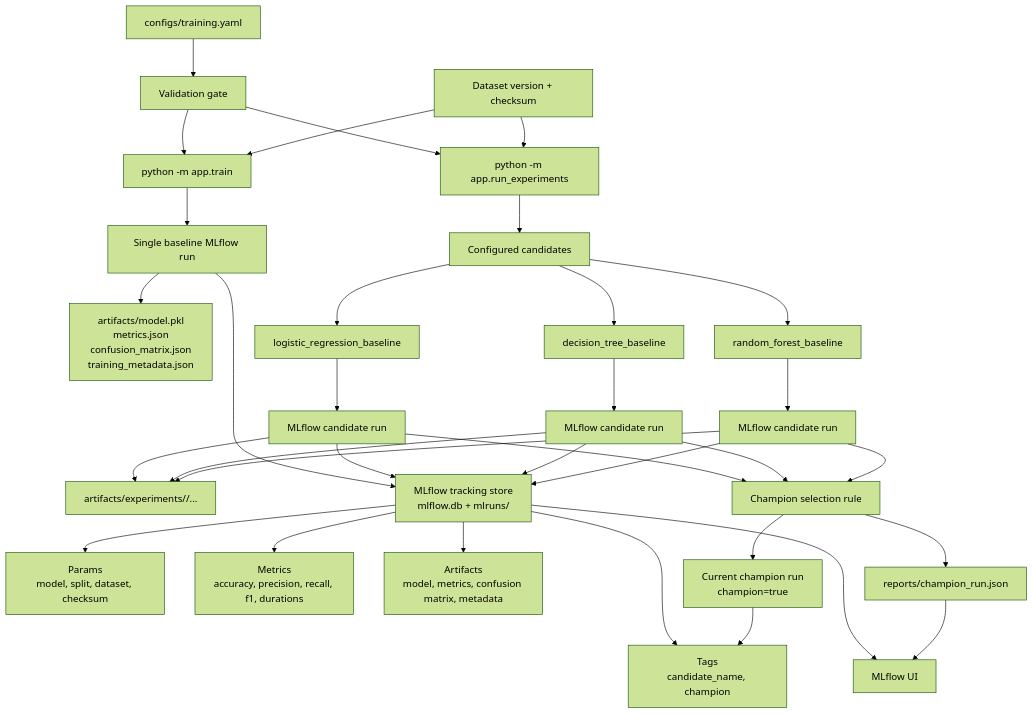
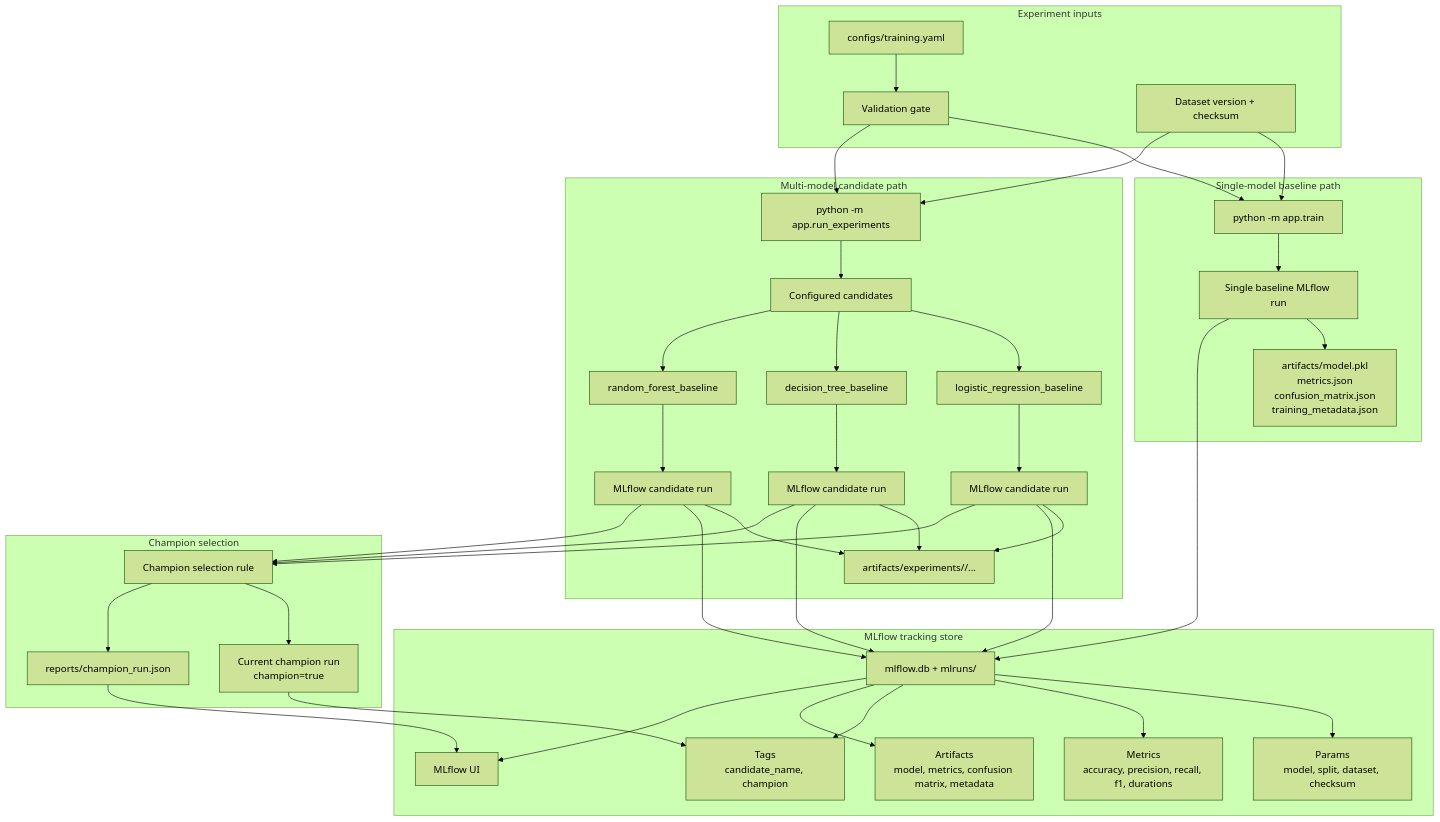
The diagram in docs/diagrams/v4_experiment_tracking_flow.md (git4alauddin/model-ops-lab), drawn with Mermaid (forest theme) before and after one commit. The commit also changed 9 other files, not shown here.

Commit message:
docs: standardize version mermaid diagrams

````diff
--- a/docs/diagrams/v4_experiment_tracking_flow.md
+++ b/docs/diagrams/v4_experiment_tracking_flow.md
@@ -7,34 +7,43 @@
 ```mermaid
 flowchart TD
-    config["configs/training.yaml"]
-    validation["Validation gate"]
-    dataset_version["Dataset version + checksum"]
+    subgraph experiment_inputs["Experiment inputs"]
+        config["configs/training.yaml"]
+        validation["Validation gate"]
+        dataset_version["Dataset version + checksum"]
+    end
 
-    train_cmd["python -m app.train"]
-    single_run["Single baseline MLflow run"]
-    single_artifacts["artifacts/model.pkl<br/>metrics.json<br/>confusion_matrix.json<br/>training_metadata.json"]
+    subgraph baseline_path["Single-model baseline path"]
+        train_cmd["python -m app.train"]
+        single_run["Single baseline MLflow run"]
+        single_artifacts["artifacts/model.pkl<br/>metrics.json<br/>confusion_matrix.json<br/>training_metadata.json"]
+    end
 
-    experiment_cmd["python -m app.run_experiments"]
-    candidates["Configured candidates"]
-    logreg["logistic_regression_baseline"]
-    tree["decision_tree_baseline"]
-    forest["random_forest_baseline"]
+    subgraph candidate_path["Multi-model candidate path"]
+        experiment_cmd["python -m app.run_experiments"]
+        candidates["Configured candidates"]
+        logreg["logistic_regression_baseline"]
+        tree["decision_tree_baseline"]
+        forest["random_forest_baseline"]
+        run_a["MLflow candidate run"]
+        run_b["MLflow candidate run"]
+        run_c["MLflow candidate run"]
+        candidate_artifacts["artifacts/experiments/<candidate>/..."]
+    end
 
-    run_a["MLflow candidate run"]
-    run_b["MLflow candidate run"]
-    run_c["MLflow candidate run"]
-    candidate_artifacts["artifacts/experiments/<candidate>/..."]
+    subgraph mlflow_tracking["MLflow tracking store"]
+        mlflow["mlflow.db + mlruns/"]
+        params["Params<br/>model, split, dataset, checksum"]
+        metrics["Metrics<br/>accuracy, precision, recall, f1, durations"]
+        tags["Tags<br/>candidate_name, champion"]
+        artifacts["Artifacts<br/>model, metrics, confusion matrix, metadata"]
+        ui["MLflow UI"]
+    end
 
-    mlflow["MLflow tracking store<br/>mlflow.db + mlruns/"]
-    params["Params<br/>model, split, dataset, checksum"]
-    metrics["Metrics<br/>accuracy, precision, recall, f1, durations"]
-    tags["Tags<br/>candidate_name, champion"]
-    artifacts["Artifacts<br/>model, metrics, confusion matrix, metadata"]
-
-    selection["Champion selection rule"]
-    champion["Current champion run<br/>champion=true"]
-    report["reports/champion_run.json"]
-    ui["MLflow UI"]
+    subgraph champion_selection["Champion selection"]
+        selection["Champion selection rule"]
+        champion["Current champion run<br/>champion=true"]
+        report["reports/champion_run.json"]
+    end
 
     config --> validation
     validation --> train_cmd
````
